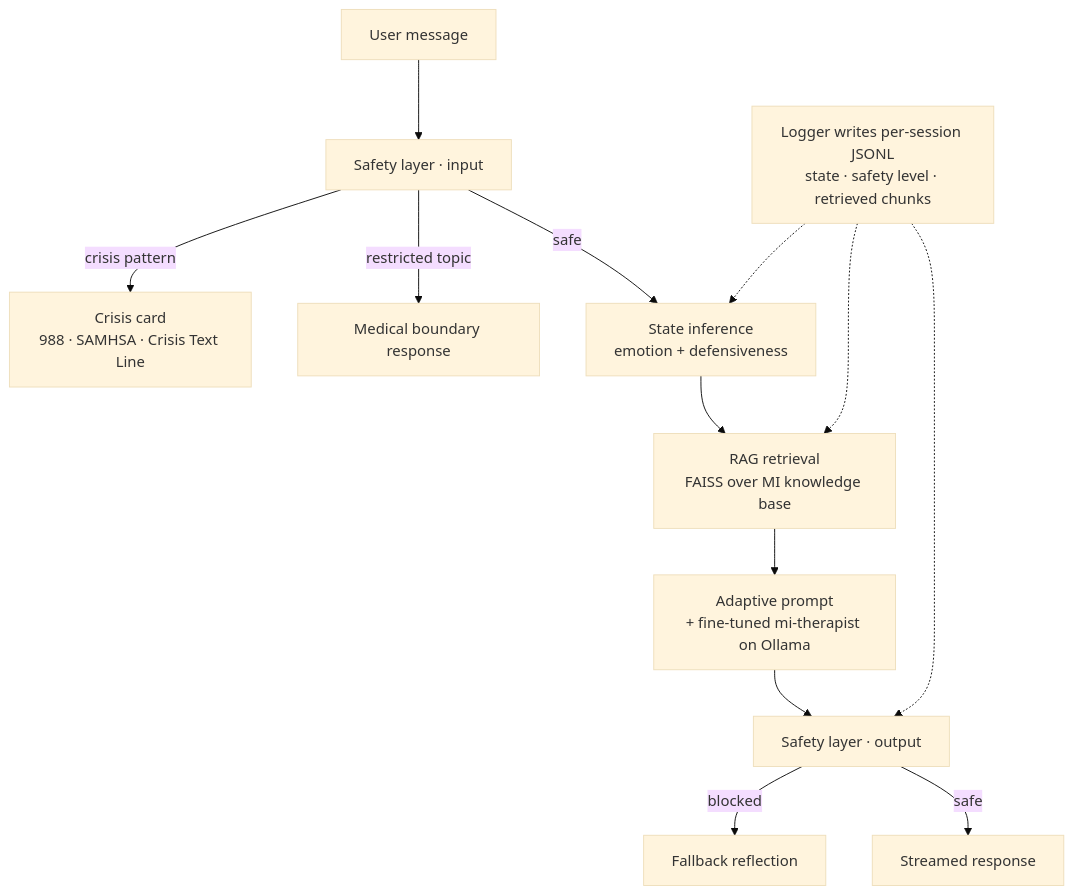
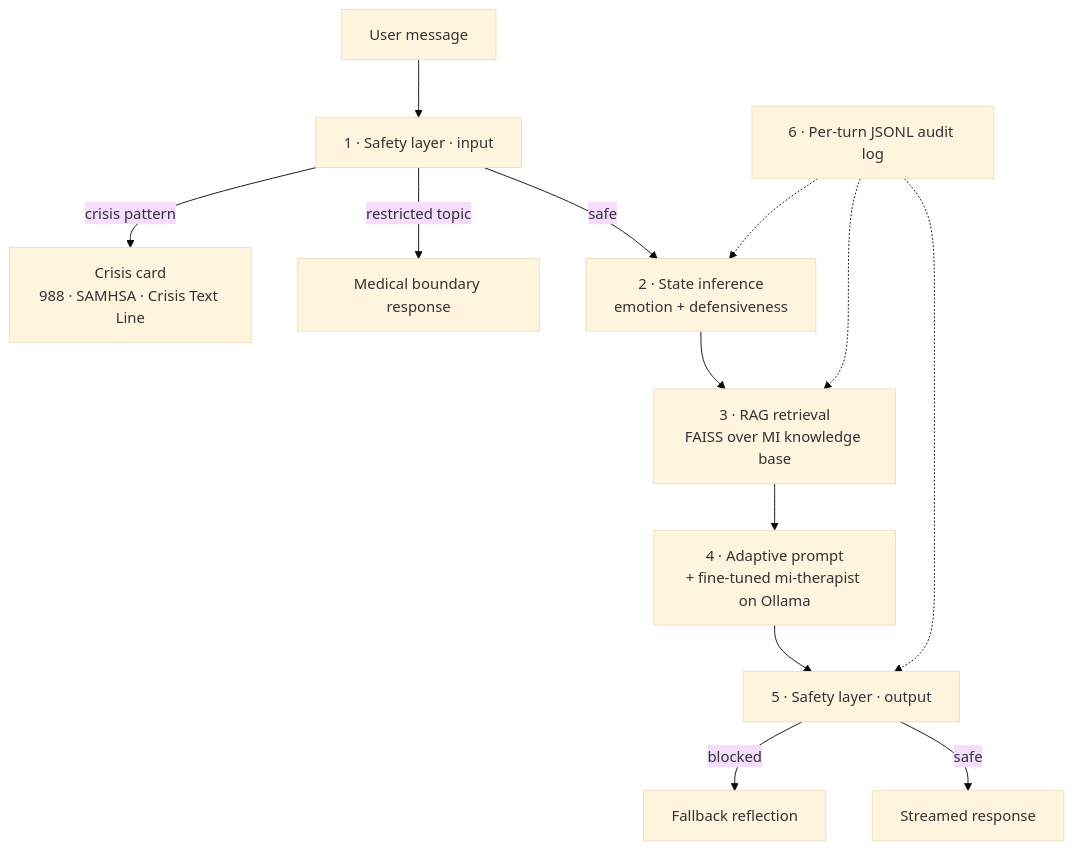
One commit to TirthShahh28/motivational-interviewing-chatbot changed the diagram in README.md. Above: the diagram before and after it, drawn with Mermaid (base theme). The commit also changed other lines of this file, not shown here.

````diff
--- a/README.md
+++ b/README.md
@@ -32,15 +67,15 @@
 ```mermaid
 flowchart TD
-    U[User message] --> S1[Safety layer · input]
+    U[User message] --> S1[1 · Safety layer · input]
     S1 -->|crisis pattern| CR[Crisis card<br/>988 · SAMHSA · Crisis Text Line]
     S1 -->|restricted topic| MB[Medical boundary response]
-    S1 -->|safe| ST[State inference<br/>emotion + defensiveness]
-    ST --> RAG[RAG retrieval<br/>FAISS over MI knowledge base]
-    RAG --> RG[Adaptive prompt<br/>+ fine-tuned mi-therapist on Ollama]
-    RG --> S2[Safety layer · output]
+    S1 -->|safe| ST[2 · State inference<br/>emotion + defensiveness]
+    ST --> RAG[3 · RAG retrieval<br/>FAISS over MI knowledge base]
+    RAG --> RG[4 · Adaptive prompt<br/>+ fine-tuned mi-therapist on Ollama]
+    RG --> S2[5 · Safety layer · output]
     S2 -->|blocked| FB[Fallback reflection]
     S2 -->|safe| OUT[Streamed response]
-    LG[Logger writes per-session JSONL<br/>state · safety level · retrieved chunks] -.-> ST
+    LG[6 · Per-turn JSONL audit log] -.-> ST
     LG -.-> RAG
     LG -.-> S2
 ```
````
